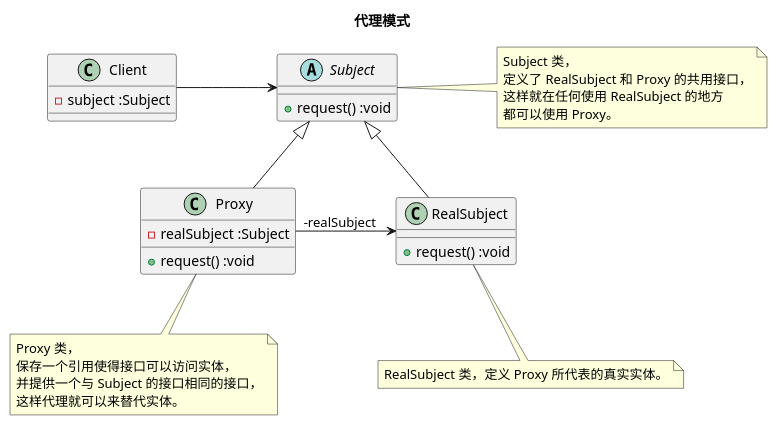
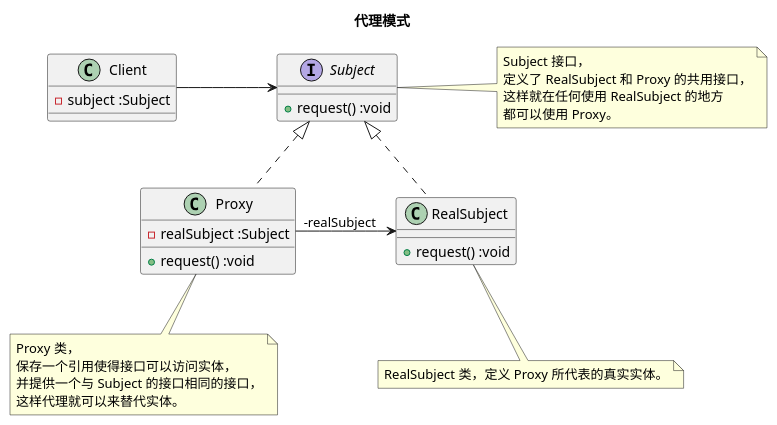
The diagram in puml/proxy.puml (diguage/deep-in-design-patterns), drawn with PlantUML before and after one commit. The commit also changed 23 other files, not shown here.

```diff
--- a/puml/proxy.puml
+++ b/puml/proxy.puml
@@ -1,32 +1,32 @@
 @startuml
 skinparam nodesep 100
 'skinparam ranksep 60
 
 title <b>代理模式</b>
 
 class Client {
   - subject :Subject
 }
 
-abstract class Subject {
+interface Subject {
   + request() :void
 }
-note right: Subject 类，\n定义了 RealSubject 和 Proxy 的共用接口，\n这样就在任何使用 RealSubject 的地方\n都可以使用 Proxy。
+note right: Subject 接口，\n定义了 RealSubject 和 Proxy 的共用接口，\n这样就在任何使用 RealSubject 的地方\n都可以使用 Proxy。
 
 class Proxy {
   - realSubject :Subject
   + request() :void
 }
 note bottom: Proxy 类，\n保存一个引用使得接口可以访问实体，\n并提供一个与 Subject 的接口相同的接口，\n这样代理就可以来替代实体。
 
 class RealSubject {
   + request() :void
 }
 note bottom: RealSubject 类，定义 Proxy 所代表的真实实体。
 
 Client -right-> Subject
-Subject <|-- Proxy
-Subject <|-- RealSubject
+Subject <|.. Proxy
+Subject <|.. RealSubject
 Proxy "-realSubject" -right-> RealSubject
 
 @enduml
```
